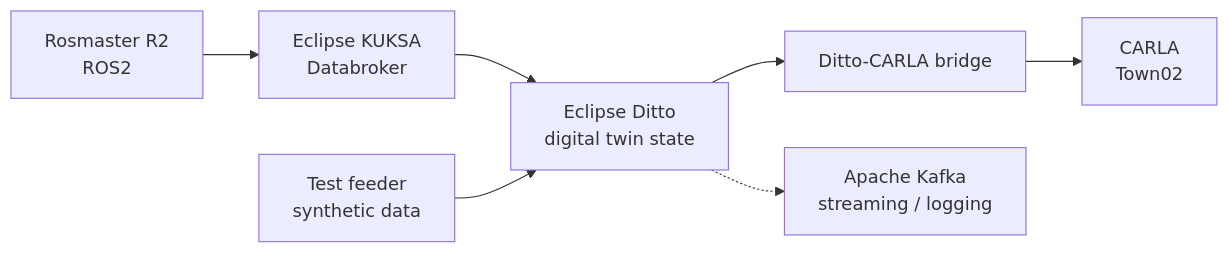
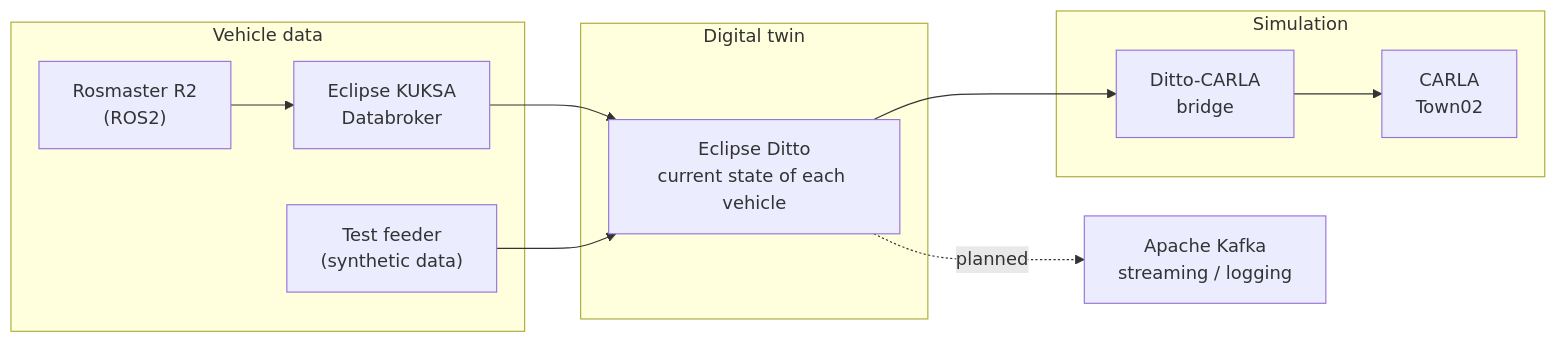
One commit to JaceMonforton/Intersection-Digital-Twin-2027 changed the diagram in README.md. Above: the diagram before and after it, drawn with Mermaid. The commit also changed other lines of this file, not shown here.

````diff
--- a/README.md
+++ b/README.md
@@ -33,9 +54,17 @@
 ```mermaid
 flowchart LR
-    R[Rosmaster R2<br/>ROS2] --> K[Eclipse KUKSA<br/>Databroker]
-    K --> D[Eclipse Ditto<br/>digital twin state]
-    F[Test feeder<br/>synthetic data] --> D
-    D --> B[Ditto-CARLA bridge]
-    B --> C[CARLA<br/>Town02]
-    D -.-> Q[Apache Kafka<br/>streaming / logging]
+    subgraph Source["Vehicle data"]
+        R["Rosmaster R2<br/>(ROS2)"] --> K["Eclipse KUKSA<br/>Databroker"]
+        F["Test feeder<br/>(synthetic data)"]
+    end
+    subgraph Twin["Digital twin"]
+        D["Eclipse Ditto<br/>current state of each vehicle"]
+    end
+    subgraph Sim["Simulation"]
+        B["Ditto-CARLA<br/>bridge"] --> C["CARLA<br/>Town02"]
+    end
+    K --> D
+    F --> D
+    D --> B
+    D -.->|planned| Q["Apache Kafka<br/>streaming / logging"]
 ```
````
